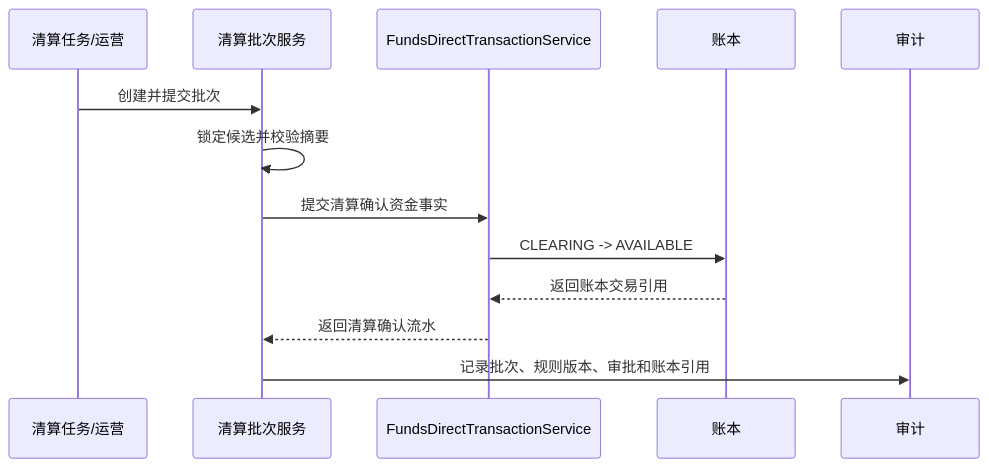
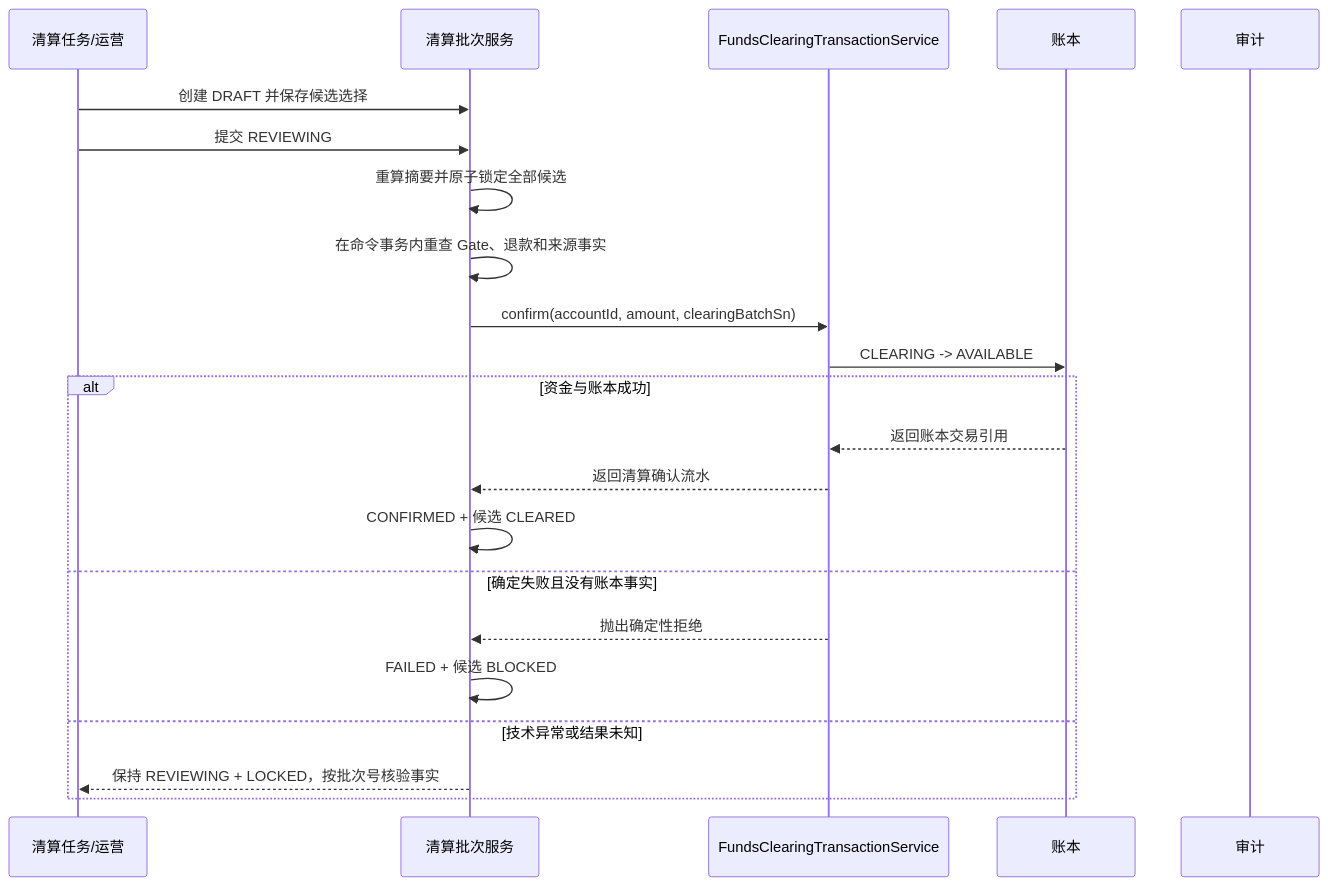
Before and after one commit to fengwuxp/wind-funds: diagram 13 of 17 in docs/系分设计/03-清结算与对账系分设计.md, drawn with Mermaid. The commit also changed other lines of this file and 85 other files, not shown here.

````diff
--- a/docs/系分设计/03-清结算与对账系分设计.md
+++ b/docs/系分设计/03-清结算与对账系分设计.md
@@ -815,16 +820,25 @@
 ```mermaid
 sequenceDiagram
     participant Job as 清算任务/运营
     participant Clearing as 清算批次服务
-    participant Tx as FundsDirectTransactionService
+    participant Tx as FundsClearingTransactionService
     participant Ledger as 账本
     participant Audit as 审计
 
-    Job->>Clearing: 创建并提交批次
-    Clearing->>Clearing: 锁定候选并校验摘要
-    Clearing->>Tx: 提交清算确认资金事实
+    Job->>Clearing: 创建 DRAFT 并保存候选选择
+    Job->>Clearing: 提交 REVIEWING
+    Clearing->>Clearing: 重算摘要并原子锁定全部候选
+    Clearing->>Clearing: 在命令事务内重查 Gate、退款和来源事实
+    Clearing->>Tx: confirm(accountId, amount, clearingBatchSn)
     Tx->>Ledger: CLEARING -> AVAILABLE
-    Ledger-->>Tx: 返回账本交易引用
-    Tx-->>Clearing: 返回清算确认流水
-    Clearing->>Audit: 记录批次、规则版本、审批和账本引用
+    alt 资金与账本成功
+        Ledger-->>Tx: 返回账本交易引用
+        Tx-->>Clearing: 返回清算确认流水
+        Clearing->>Clearing: CONFIRMED + 候选 CLEARED
+    else 确定失败且没有账本事实
+        Tx-->>Clearing: 抛出确定性拒绝
+        Clearing->>Clearing: FAILED + 候选 BLOCKED
+    else 技术异常或结果未知
+        Clearing-->>Job: 保持 REVIEWING + LOCKED，按批次号核验事实
+    end
 ```
````
